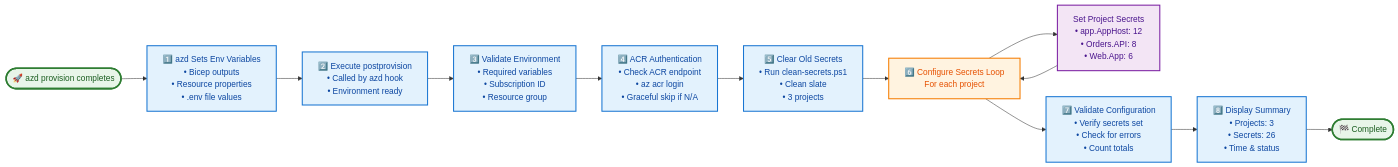
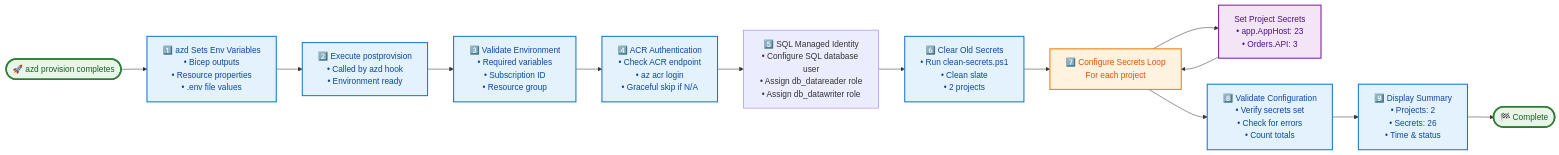
The diagram in hooks/postprovision.md (Evilazaro/Azure-LogicApps-Monitoring), drawn with Mermaid before and after one commit. The commit also changed other lines of this file and 3 other files, not shown here.

Commit message:
Update documentation and secret counts for postprovision script; add SQL Managed Identity configuration details

````diff
--- a/hooks/postprovision.md
+++ b/hooks/postprovision.md
@@ -402,36 +401,38 @@
 ```mermaid
 flowchart LR
     Start(["🚀 azd provision completes"])
     SetEnv["1️⃣ azd Sets Env Variables<br/>• Bicep outputs<br/>• Resource properties<br/>• .env file values"]
     Execute["2️⃣ Execute postprovision<br/>• Called by azd hook<br/>• Environment ready"]
     Validate["3️⃣ Validate Environment<br/>• Required variables<br/>• Subscription ID<br/>• Resource group"]
     ACRAuth["4️⃣ ACR Authentication<br/>• Check ACR endpoint<br/>• az acr login<br/>• Graceful skip if N/A"]
-    Clear["5️⃣ Clear Old Secrets<br/>• Run clean-secrets.ps1<br/>• Clean slate<br/>• 3 projects"]
-    ConfigLoop["6️⃣ Configure Secrets Loop<br/>For each project"]
-    ConfigProject["Set Project Secrets<br/>• app.AppHost: 12<br/>• Orders.API: 8<br/>• Web.App: 6"]
-    Validate2["7️⃣ Validate Configuration<br/>• Verify secrets set<br/>• Check for errors<br/>• Count totals"]
-    Summary["8️⃣ Display Summary<br/>• Projects: 3<br/>• Secrets: 26<br/>• Time & status"]
+    SQLConfig["5️⃣ SQL Managed Identity<br/>• Configure SQL database user<br/>• Assign db_datareader role<br/>• Assign db_datawriter role"]
+    Clear["6️⃣ Clear Old Secrets<br/>• Run clean-secrets.ps1<br/>• Clean slate<br/>• 2 projects"]
+    ConfigLoop["7️⃣ Configure Secrets Loop<br/>For each project"]
+    ConfigProject["Set Project Secrets<br/>• app.AppHost: 23<br/>• Orders.API: 3"]
+    Validate2["8️⃣ Validate Configuration<br/>• Verify secrets set<br/>• Check for errors<br/>• Count totals"]
+    Summary["9️⃣ Display Summary<br/>• Projects: 2<br/>• Secrets: 26<br/>• Time & status"]
     End(["🏁 Complete"])
     
     Start --> SetEnv
     SetEnv --> Execute
     Execute --> Validate
     Validate --> ACRAuth
-    ACRAuth --> Clear
+    ACRAuth --> SQLConfig
+    SQLConfig --> Clear
     Clear --> ConfigLoop
     ConfigLoop --> ConfigProject
     ConfigProject --> ConfigLoop
     ConfigLoop --> Validate2
     Validate2 --> Summary
     Summary --> End
     
     classDef startEnd fill:#e8f5e9,stroke:#2e7d32,stroke-width:3px,color:#1b5e20
     classDef process fill:#e3f2fd,stroke:#1976d2,stroke-width:2px,color:#0d47a1
     classDef config fill:#f3e5f5,stroke:#7b1fa2,stroke-width:2px,color:#4a148c
     classDef loop fill:#fff3e0,stroke:#f57c00,stroke-width:2px,color:#e65100
     
     class Start,End startEnd
     class SetEnv,Execute,Validate,ACRAuth,Clear,Validate2,Summary process
     class ConfigLoop loop
     class ConfigProject config
 ```
````
